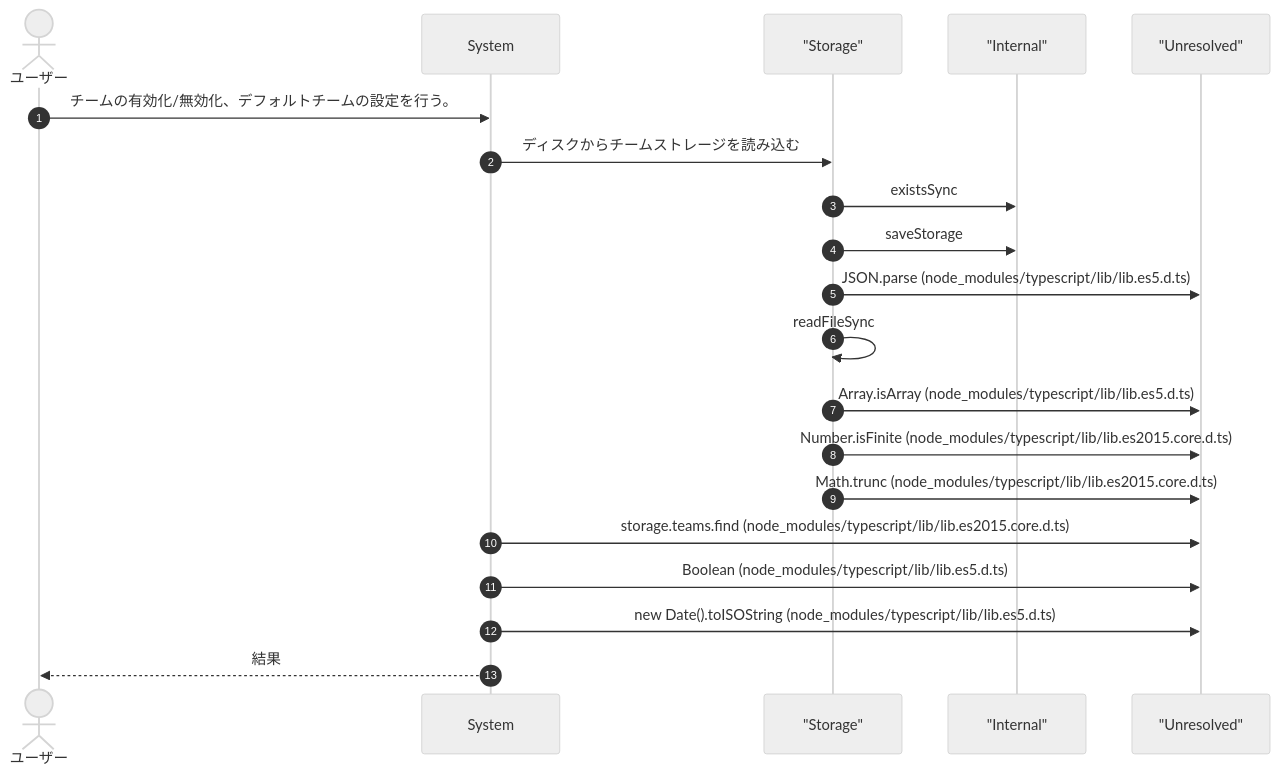
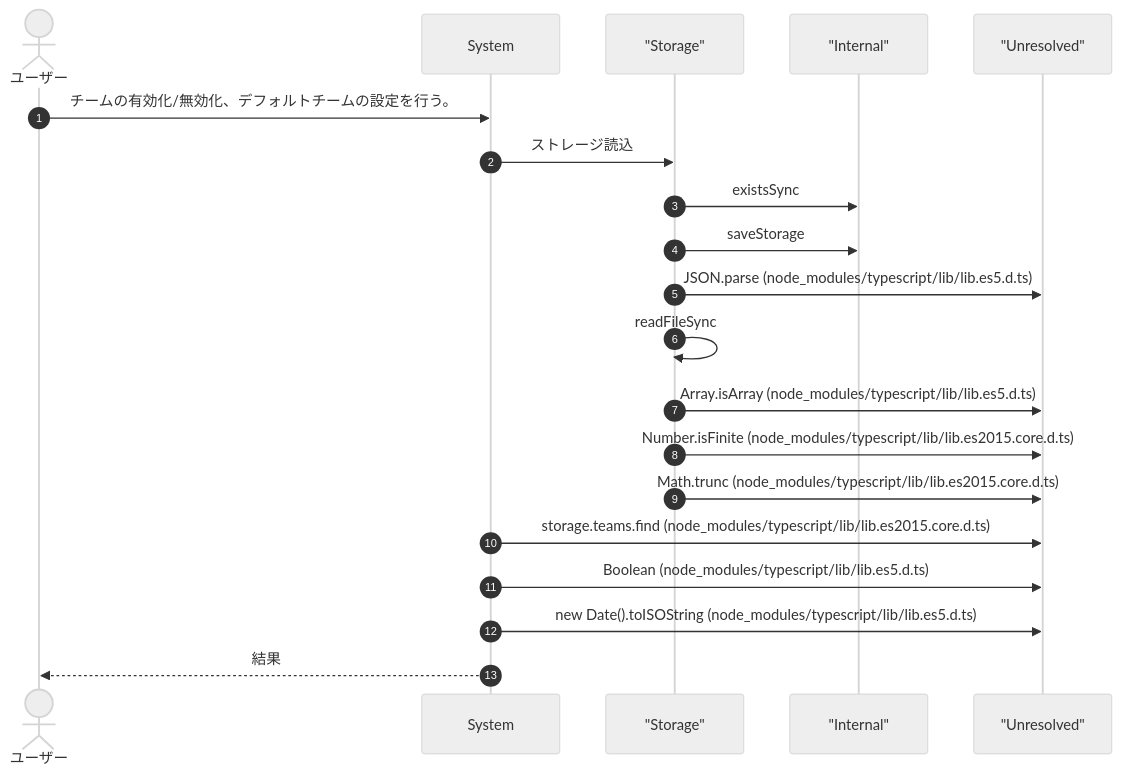
One commit to Mekann2904/mekann changed the third of 10 diagrams in ABDD/.pi/extensions/agent-teams.md. Above: the diagram before and after it, drawn with Mermaid (neutral theme). The commit also changed other lines of this file and 212 other files, not shown here.

````diff
--- a/ABDD/.pi/extensions/agent-teams.md
+++ b/ABDD/.pi/extensions/agent-teams.md
@@ -113,24 +113,24 @@
 ```mermaid
 sequenceDiagram
   autonumber
   actor User as ユーザー
   participant System as System
   participant Storage as "Storage"
   participant Internal as "Internal"
   participant Unresolved as "Unresolved"
 
   User->>System: チームの有効化/無効化、デフォルトチームの設定を行う。
-  System->>Storage: ディスクからチームストレージを読み込む
+  System->>Storage: ストレージ読込
   Storage->>Internal: existsSync
   Storage->>Internal: saveStorage
   Storage->>Unresolved: JSON.parse (node_modules/typescript/lib/lib.es5.d.ts)
   Storage->>Storage: readFileSync
   Storage->>Unresolved: Array.isArray (node_modules/typescript/lib/lib.es5.d.ts)
   Storage->>Unresolved: Number.isFinite (node_modules/typescript/lib/lib.es2015.core.d.ts)
   Storage->>Unresolved: Math.trunc (node_modules/typescript/lib/lib.es2015.core.d.ts)
   System->>Unresolved: storage.teams.find (node_modules/typescript/lib/lib.es2015.core.d.ts)
   System->>Unresolved: Boolean (node_modules/typescript/lib/lib.es5.d.ts)
   System->>Unresolved: new Date().toISOString (node_modules/typescript/lib/lib.es5.d.ts)
   System-->>User: 結果
 
 ```
````
